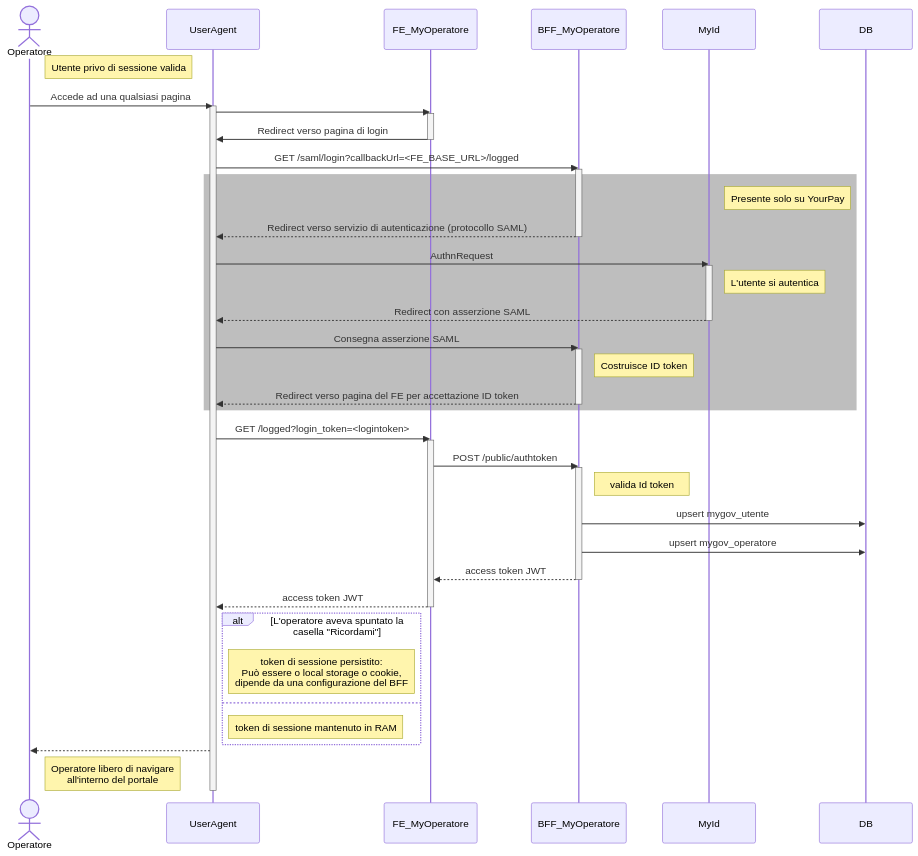
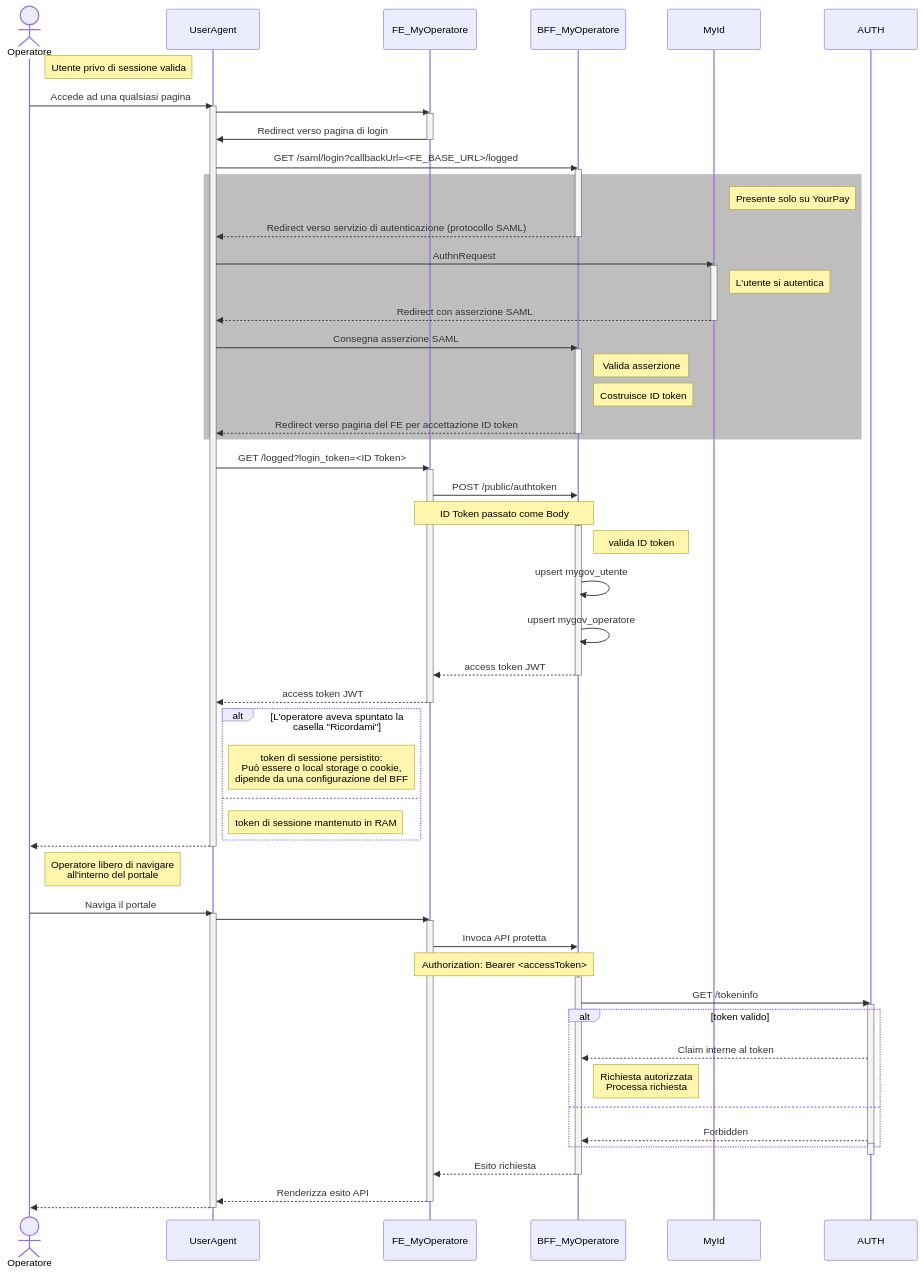
Before and after one commit to pagopa/p4pa-doc: the diagram in confluence/DesignReview/AutenticazioneEAutorizzazioneInMyPayOperatore/ASIS_yourPay.mmd, drawn with Mermaid. The commit also changed 3 other files, not shown here.

Commit message:
implicit flow

```diff
--- a/confluence/DesignReview/AutenticazioneEAutorizzazioneInMyPayOperatore/ASIS_yourPay.mmd
+++ b/confluence/DesignReview/AutenticazioneEAutorizzazioneInMyPayOperatore/ASIS_yourPay.mmd
@@ -1,57 +1,88 @@
 sequenceDiagram
     actor Operatore
     participant UserAgent
     participant FE as FE_MyOperatore
     participant BFF as BFF_MyOperatore
     participant MyId
-    participant DB
 
     note right of Operatore: Utente privo di sessione valida
     Operatore ->> UserAgent: Accede ad una qualsiasi pagina
     activate UserAgent
-UserAgent ->> FE: 
+    UserAgent ->> FE: #
     activate FE
-FE ->> UserAgent: Redirect verso pagina di login
-deactivate FE
+    FE ->> UserAgent: Redirect verso pagina di login
+    deactivate FE
 
-UserAgent ->> BFF: GET /saml/login?callbackUrl=<FE_BASE_URL>/logged
+    UserAgent ->> BFF: GET /saml/login?callbackUrl=<FE_BASE_URL>/logged
+    activate BFF
+    rect rgb(190, 190, 190)
+    note right of MyId: Presente solo su YourPay
+    BFF -->> UserAgent: Redirect verso servizio di autenticazione (protocollo SAML)
+    deactivate BFF
+
+    UserAgent ->> MyId: AuthnRequest
+    activate MyId
+    note right of MyId: L'utente si autentica
+    MyId -->> UserAgent: Redirect con asserzione SAML
+    deactivate MyId
+
+    UserAgent ->> BFF: Consegna asserzione SAML
+    activate BFF
+    note right of BFF: Valida asserzione
+    note right of BFF: Costruisce ID token
+    BFF -->> UserAgent: Redirect verso pagina del FE per accettazione ID token
+    deactivate BFF
+    end
+
+    UserAgent ->> FE: GET /logged?login_token=<ID Token>
+    activate FE
+
+    FE ->> BFF: POST /public/authtoken
+    note over FE, BFF: ID Token passato come Body
+    activate BFF
+    note right of BFF: valida ID token
+    BFF ->> BFF: upsert mygov_utente
+    BFF ->> BFF: upsert mygov_operatore
+    BFF -->> FE: access token JWT
+    deactivate BFF
+
+    FE -->> UserAgent: access token JWT
+    deactivate FE
+    alt L'operatore aveva spuntato la casella "Ricordami"
+    note right of UserAgent: token di sessione persistito:<BR />Può essere o local storage o cookie,<BR />dipende da una configurazione del BFF
+    else
+    note right of UserAgent: token di sessione mantenuto in RAM
+    end
+    UserAgent -->> Operatore: #
+    deactivate UserAgent
+    note right of Operatore: Operatore libero di navigare<BR />all'interno del portale
+
+Operatore ->> UserAgent: Naviga il portale
+
+activate UserAgent
+UserAgent ->> FE: #
+activate FE
+FE ->> BFF: Invoca API protetta
+note over FE, BFF: Authorization: Bearer <accessToken>
+
 activate BFF
-rect rgb(190, 190, 190)
-note right of MyId: Presente solo su YourPay
-BFF -->> UserAgent: Redirect verso servizio di autenticazione (protocollo SAML)
+BFF ->> AUTH: GET /tokeninfo
+activate AUTH
+alt token valido
+AUTH -->> BFF: Claim interne al token
+note right of BFF: Richiesta autorizzata<BR />Processa richiesta
+else
+AUTH -->> BFF: Forbidden
+end
+deactivate AUTH
+
+activate AUTH
+deactivate AUTH
+
+BFF -->> FE: Esito richiesta
 deactivate BFF
 
-UserAgent ->> MyId: AuthnRequest
-activate MyId
-note right of MyId: L'utente si autentica
-MyId -->> UserAgent: Redirect con asserzione SAML
-deactivate MyId
-
-UserAgent ->> BFF: Consegna asserzione SAML
-activate BFF
-note right of BFF: Costruisce ID token
-BFF -->> UserAgent: Redirect verso pagina del FE per accettazione ID token
-deactivate BFF
-end
-
-UserAgent ->> FE: GET /logged?login_token=<logintoken>
-activate FE
-
-FE ->> BFF: POST /public/authtoken
-activate BFF
-note right of BFF: valida Id token
-BFF ->> DB: upsert mygov_utente
-BFF ->> DB: upsert mygov_operatore
-BFF -->> FE: access token JWT
-deactivate BFF
-
-FE -->> UserAgent: access token JWT
+FE -->> UserAgent: Renderizza esito API
 deactivate FE
-alt L'operatore aveva spuntato la casella "Ricordami"
-note right of UserAgent: token di sessione persistito:<BR />Può essere o local storage o cookie,<BR />dipende da una configurazione del BFF
-else
-note right of UserAgent: token di sessione mantenuto in RAM
-end
-UserAgent -->> Operatore: 
-note right of Operatore: Operatore libero di navigare<BR />all'interno del portale
+UserAgent -->> Operatore: #
 deactivate UserAgent
```
